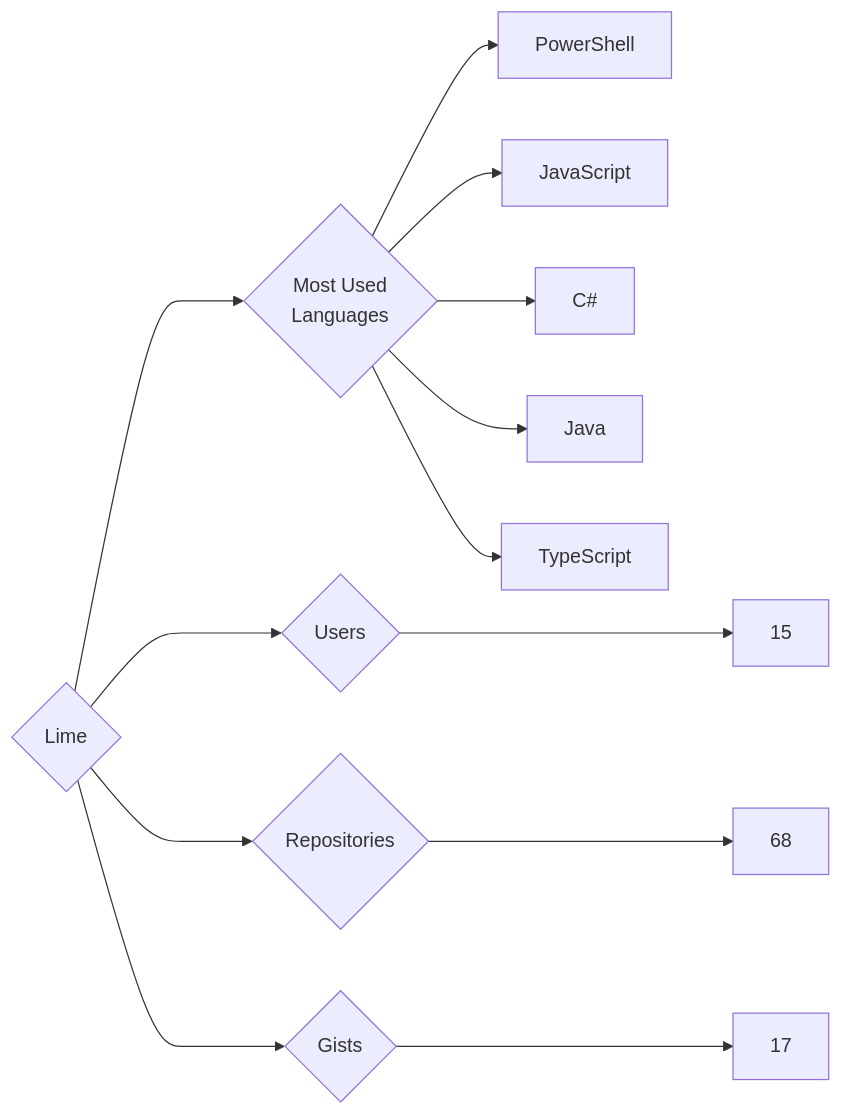
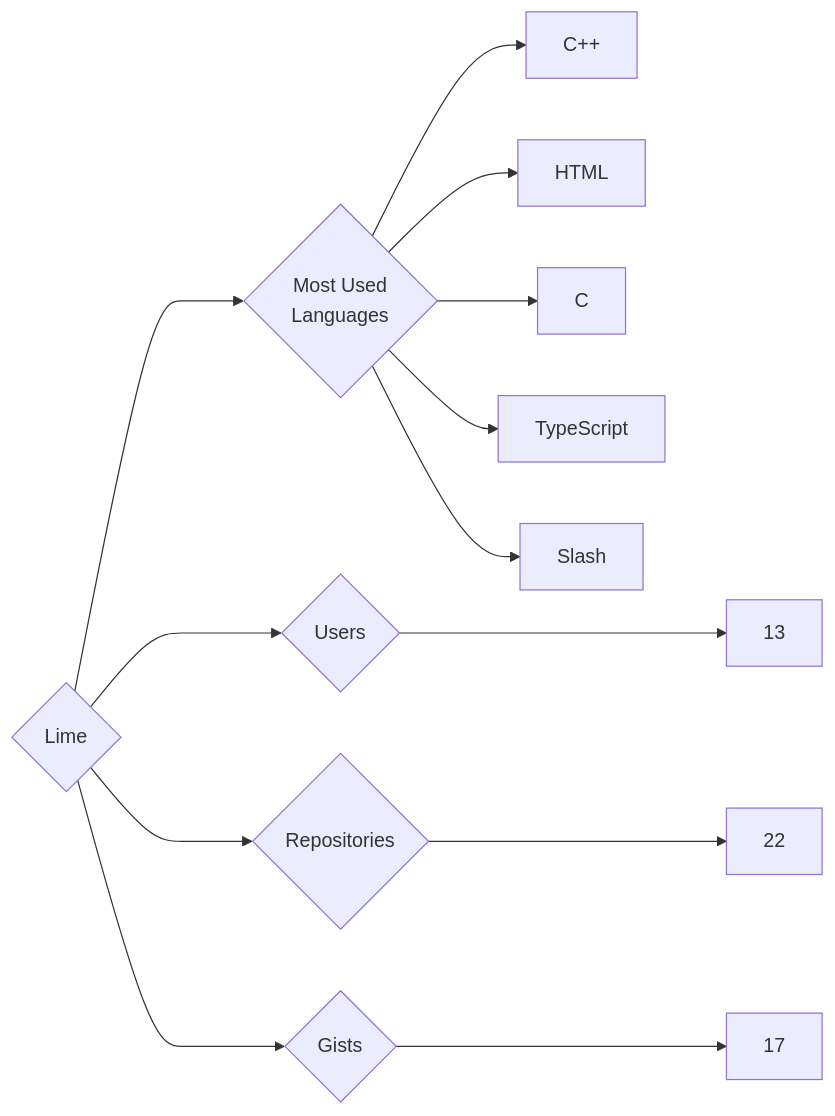
The diagram in targets/Lime/README.md (trickest/insiders), drawn with Mermaid before and after one commit. The commit also changed 900 other files, not shown here.

````diff
--- a/targets/Lime/README.md
+++ b/targets/Lime/README.md
@@ -3,13 +3,13 @@
 ```mermaid
 graph LR
 COMPANY_NAME{Lime}
-COMPANY_NAME ---> U{Users} ---> UN[15]
-COMPANY_NAME ---> R{Repositories} ---> RN[68]
+COMPANY_NAME ---> U{Users} ---> UN[13]
+COMPANY_NAME ---> R{Repositories} ---> RN[22]
 COMPANY_NAME ---> G{Gists} ---> GN[17]
 COMPANY_NAME ---> ML{Most Used<br>Languages}
-ML --> PowerShell[PowerShell]
-ML --> JavaScript[JavaScript]
-ML --> C#[C#]
-ML --> Java[Java]
+ML --> C++[C++]
+ML --> HTML[HTML]
+ML --> C[C]
 ML --> TypeScript[TypeScript]
+ML --> Slash[Slash]
 ```
````
